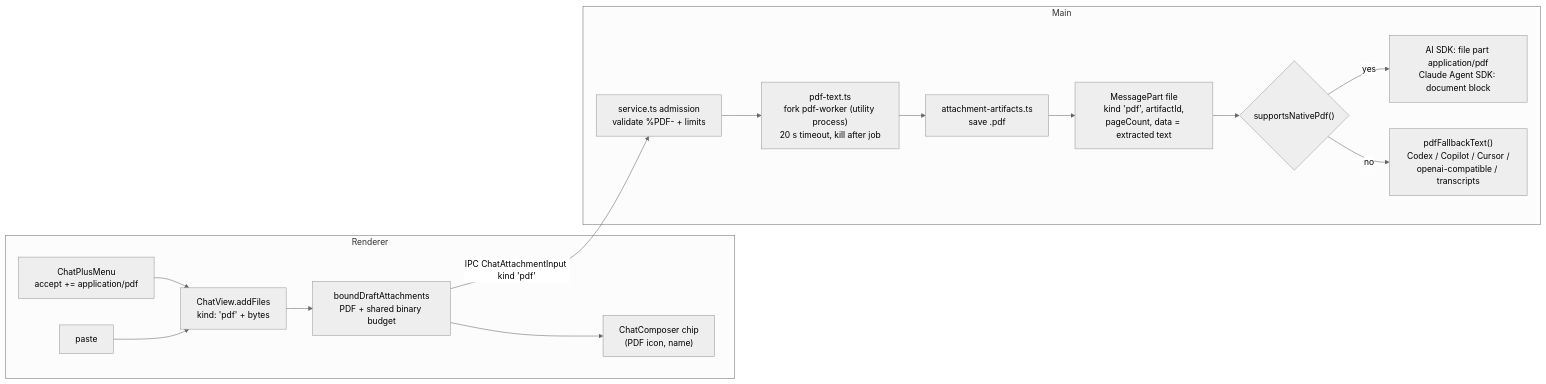
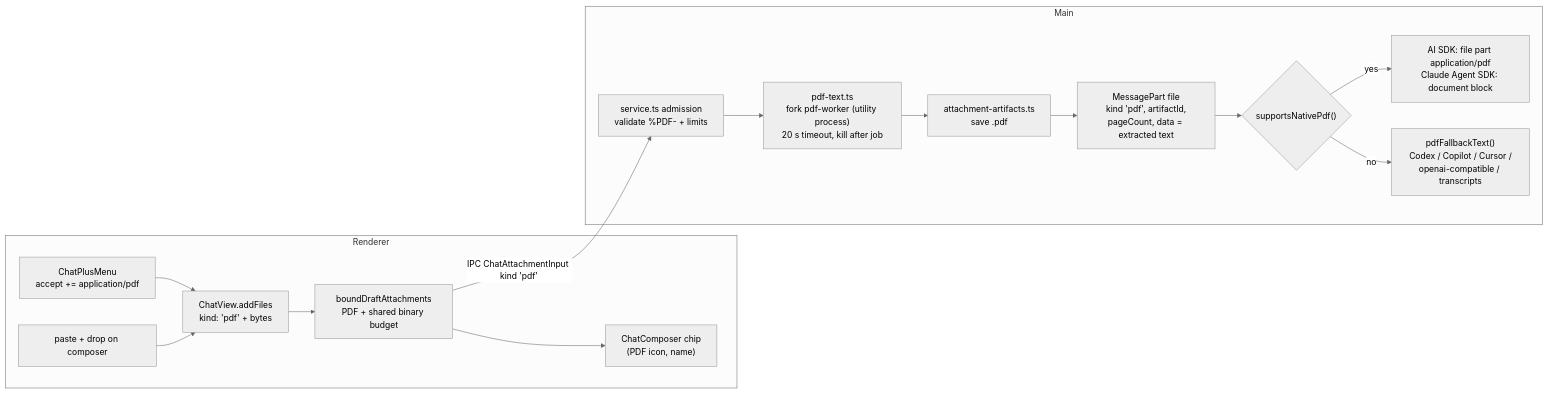
Before and after one commit to antonioducs/maestrly-app: the diagram in docs/superpowers/specs/2026-09-24-pdf-attachments-design.md, drawn with Mermaid (neutral theme). The commit also changed other lines of this file and 2 other files, not shown here.

````diff
--- a/docs/superpowers/specs/2026-09-24-pdf-attachments-design.md
+++ b/docs/superpowers/specs/2026-09-24-pdf-attachments-design.md
@@ -45,18 +45,18 @@
 ```mermaid
 flowchart LR
   subgraph Renderer
     PM["ChatPlusMenu\naccept += application/pdf"] --> AF["ChatView.addFiles\nkind: 'pdf' + bytes"]
-    DD["paste"] --> AF
+    DD["paste + drop on composer"] --> AF
     AF --> BG["boundDraftAttachments\nPDF + shared binary budget"]
     BG --> CC["ChatComposer chip\n(PDF icon, name)"]
   end
   subgraph Main
     AD["service.ts admission\nvalidate %PDF- + limits"] --> EX["pdf-text.ts\nfork pdf-worker (utility process)\n20 s timeout, kill after job"]
     EX --> ST["attachment-artifacts.ts\nsave <artifactId>.pdf"]
     ST --> PART["MessagePart file\nkind 'pdf', artifactId,\npageCount, data = extracted text"]
     PART --> CAP{"supportsNativePdf()"}
     CAP -->|yes| NAT["AI SDK: file part application/pdf\nClaude Agent SDK: document block"]
     CAP -->|no| TXT["pdfFallbackText()\nCodex / Copilot / Cursor /\nopenai-compatible / transcripts"]
   end
   BG -->|IPC ChatAttachmentInput kind 'pdf'| AD
 ```
````
